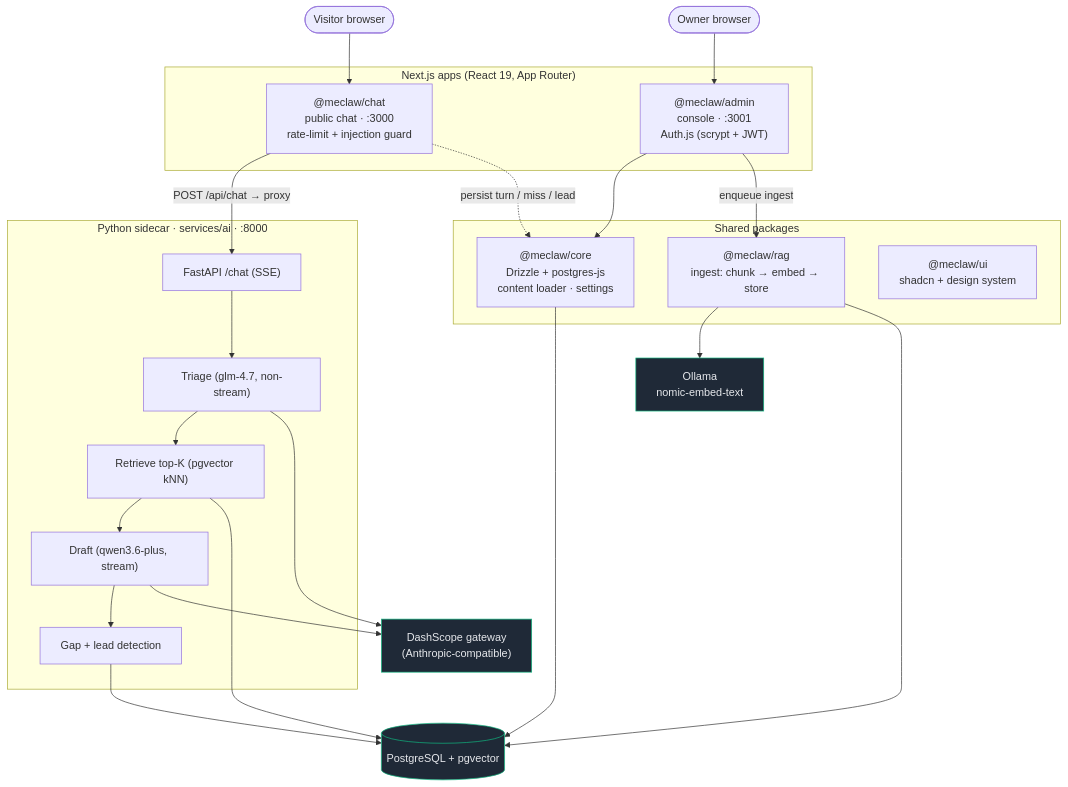
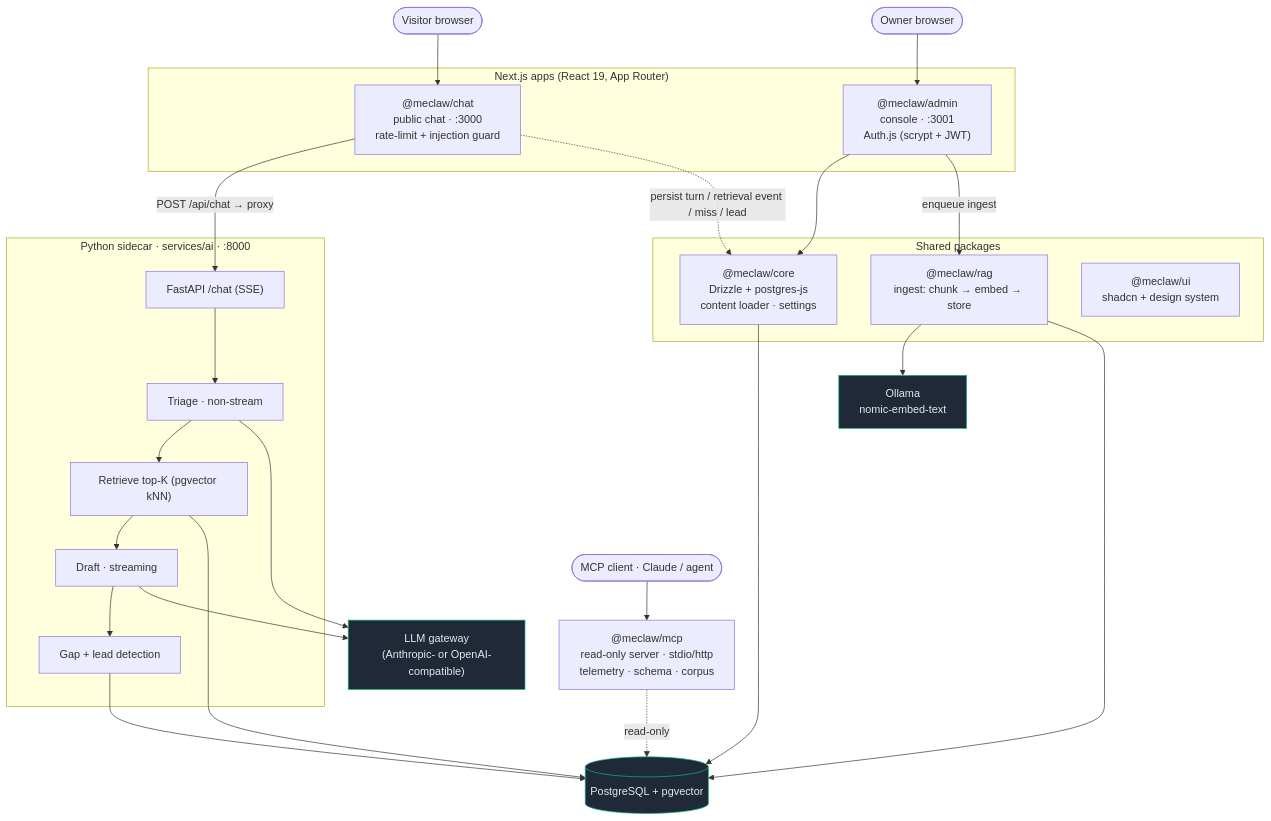
Before and after one commit to naingoted/meclaw: the first of 2 diagrams in README.md, drawn with Mermaid. The commit also changed other lines of this file and 183 other files, not shown here.

````diff
--- a/README.md
+++ b/README.md
@@ -13,47 +13,53 @@
 ```mermaid
 flowchart TB
     visitor([Visitor browser])
     owner([Owner browser])
 
     subgraph next["Next.js apps (React 19, App Router)"]
         chat["@meclaw/chat<br/>public chat · :3000<br/>rate-limit + injection guard"]
         admin["@meclaw/admin<br/>console · :3001<br/>Auth.js (scrypt + JWT)"]
     end
 
     subgraph pkgs["Shared packages"]
         core["@meclaw/core<br/>Drizzle + postgres-js<br/>content loader · settings"]
         rag["@meclaw/rag<br/>ingest: chunk → embed → store"]
         ui["@meclaw/ui<br/>shadcn + design system"]
     end
 
     subgraph sidecar["Python sidecar · services/ai · :8000"]
         api["FastAPI /chat (SSE)"]
-        triage["Triage (glm-4.7, non-stream)"]
+        triage["Triage · non-stream"]
         retrieve["Retrieve top-K (pgvector kNN)"]
-        draft["Draft (qwen3.6-plus, stream)"]
+        draft["Draft · streaming"]
         gaps["Gap + lead detection"]
         api --> triage --> retrieve --> draft --> gaps
     end
 
-    gw["DashScope gateway<br/>(Anthropic-compatible)"]
+    gw["LLM gateway<br/>(Anthropic- or OpenAI-compatible)"]
     ollama["Ollama<br/>nomic-embed-text"]
     pg[("PostgreSQL + pgvector")]
+
+    agent([MCP client · Claude / agent])
+    mcp["@meclaw/mcp<br/>read-only server · stdio/http<br/>telemetry · schema · corpus"]
 
     visitor --> chat
     owner --> admin
     chat -->|"POST /api/chat → proxy"| api
-    chat -. persist turn / miss / lead .-> core
+    chat -. persist turn / retrieval event / miss / lead .-> core
     admin --> core
     admin -->|enqueue ingest| rag
 
     triage --> gw
     draft --> gw
     retrieve --> pg
     rag --> ollama
     rag --> pg
     gaps --> pg
     core --> pg
 
+    agent --> mcp
+    mcp -. read-only .-> pg
+
     classDef store fill:#1f2937,stroke:#10b981,color:#e5e7eb
     class pg,ollama,gw store
 ```
````
